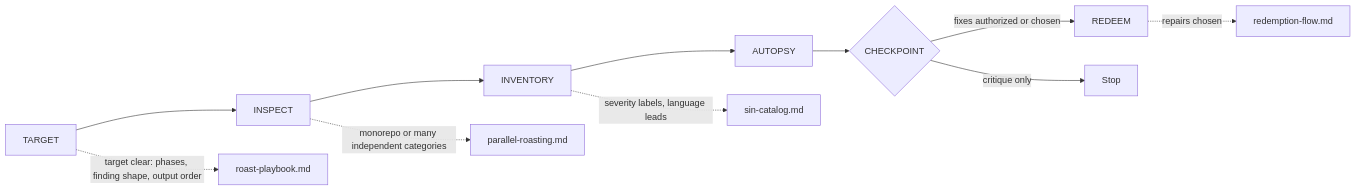
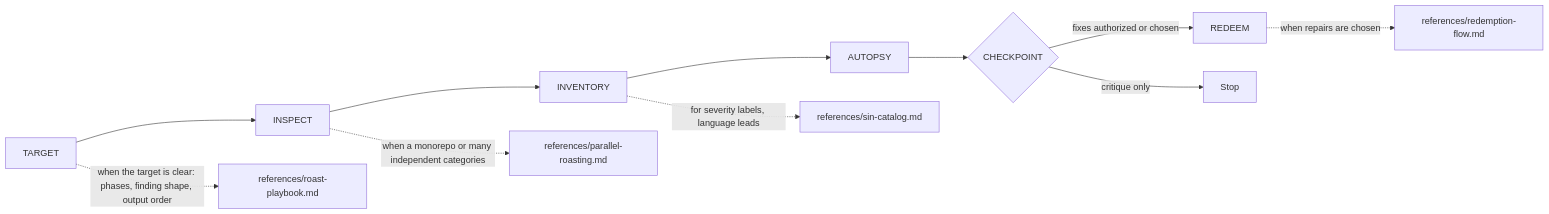
One commit to bgauryy/octocode changed the diagram in skills/octocode-roast/SKILL.md. Above: the diagram before and after it, drawn with Mermaid. The commit also changed other lines of this file and 374 other files, not shown here.

````diff
--- a/skills/octocode-roast/SKILL.md
+++ b/skills/octocode-roast/SKILL.md
@@ -15,10 +14,10 @@
 ```mermaid
 flowchart LR
   T[TARGET] --> I[INSPECT] --> N[INVENTORY] --> A[AUTOPSY] --> C{CHECKPOINT}
   C -->|fixes authorized or chosen| R[REDEEM]
   C -->|critique only| S[Stop]
-  T -. "target clear: phases, finding shape, output order" .-> P["roast-playbook.md"]
-  I -. "monorepo or many independent categories" .-> PR["parallel-roasting.md"]
-  N -. "severity labels, language leads" .-> SC["sin-catalog.md"]
-  R -. "repairs chosen" .-> RF["redemption-flow.md"]
+  T -. "when the target is clear: phases, finding shape, output order" .-> P["references/roast-playbook.md"]
+  I -. "when a monorepo or many independent categories" .-> PR["references/parallel-roasting.md"]
+  N -. "for severity labels, language leads" .-> SC["references/sin-catalog.md"]
+  R -. "when repairs are chosen" .-> RF["references/redemption-flow.md"]
 ```
````
